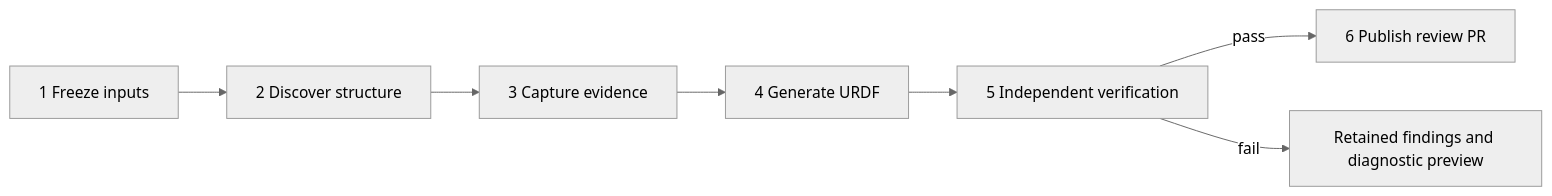
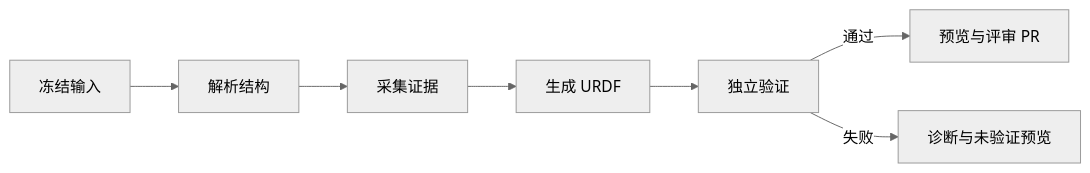
Before and after one commit to mimicverse/description-pipeline: the diagram in docs/design.md, drawn with Mermaid (neutral theme). The commit also changed other lines of this file and 8 other files, not shown here.

Commit message:
docs: define the target architecture and engineering contracts

````diff
--- a/docs/design.md
+++ b/docs/design.md
@@ -49,9 +7,7 @@
 ```mermaid
 flowchart LR
-  F[1 Freeze inputs] --> D[2 Discover structure]
-  D --> C[3 Capture evidence]
-  C --> G[4 Generate URDF]
-  G --> V[5 Independent verification]
-  V -->|pass| P[6 Publish review PR]
-  V -->|fail| E[Retained findings and diagnostic preview]
+  F[冻结输入] --> D[解析结构] --> C[采集证据]
+  C --> G[生成 URDF] --> V[独立验证]
+  V -->|通过| P[预览与评审 PR]
+  V -->|失败| E[诊断与未验证预览]
 ```
````
